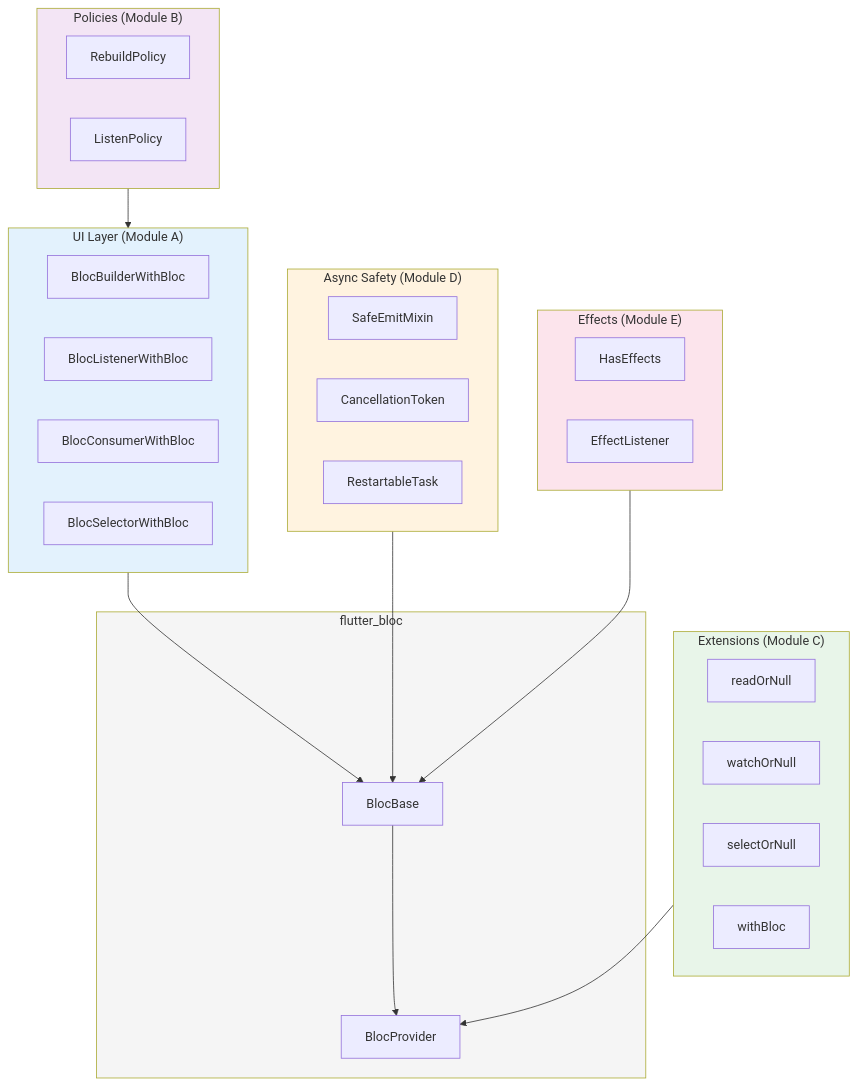
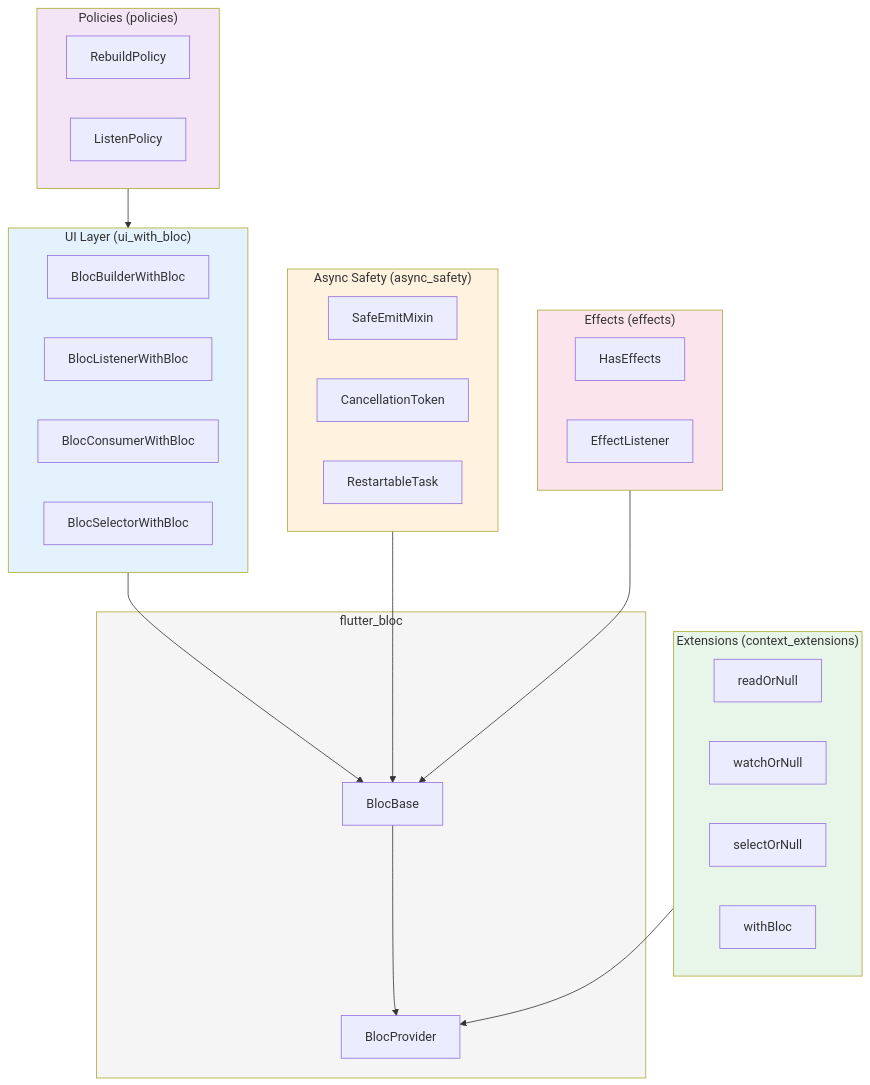
One commit to ephmoc/bloc_plus changed the second of 3 diagrams in docs/bloc_plus_PRD.md. Above: the diagram before and after it, drawn with Mermaid. The commit also changed other lines of this file and 54 other files, not shown here.

````diff
--- a/docs/bloc_plus_PRD.md
+++ b/docs/bloc_plus_PRD.md
@@ -130,51 +166,51 @@
 ```mermaid
 graph TB
-    subgraph UI["UI Layer (Module A)"]
+    subgraph UI["UI Layer (ui_with_bloc)"]
         BB[BlocBuilderWithBloc]
         BL[BlocListenerWithBloc]
         BC[BlocConsumerWithBloc]
         BS[BlocSelectorWithBloc]
     end
     
-    subgraph Policies["Policies (Module B)"]
+    subgraph Policies["Policies (policies)"]
         RP[RebuildPolicy]
         LP[ListenPolicy]
     end
     
-    subgraph Extensions["Extensions (Module C)"]
+    subgraph Extensions["Extensions (context_extensions)"]
         RO[readOrNull]
         WO[watchOrNull]
         SO[selectOrNull]
         WB[withBloc]
     end
     
-    subgraph Async["Async Safety (Module D)"]
+    subgraph Async["Async Safety (async_safety)"]
         SE[SafeEmitMixin]
         CT[CancellationToken]
         RT[RestartableTask]
     end
     
-    subgraph Effects["Effects (Module E)"]
+    subgraph Effects["Effects (effects)"]
         HE[HasEffects]
         EL[EffectListener]
     end
     
     subgraph Bloc["flutter_bloc"]
         FB[BlocBase]
         BP[BlocProvider]
     end
     
     UI --> FB
     Policies --> UI
     Extensions --> BP
     Async --> FB
     Effects --> FB
     FB --> BP
     
     style UI fill:#e3f2fd
     style Policies fill:#f3e5f5
     style Extensions fill:#e8f5e9
     style Async fill:#fff3e0
     style Effects fill:#fce4ec
     style Bloc fill:#f5f5f5
 ```
````
